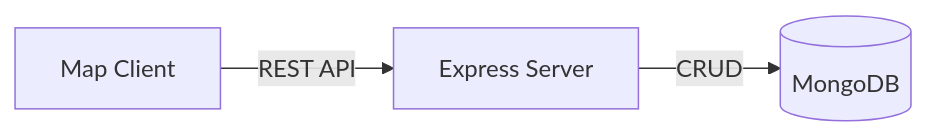
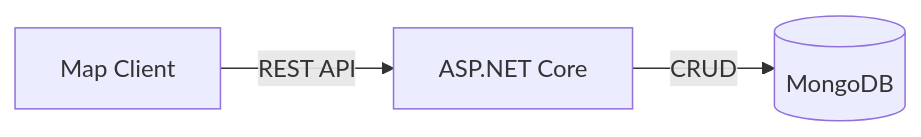
The diagram in README.md (ChaimCymerman0548492309/MapServer), drawn with Mermaid before and after one commit. The commit also changed other lines of this file and 2 other files, not shown here.

````diff
--- a/README.md
+++ b/README.md
@@ -109,5 +118,5 @@
 ```mermaid
 flowchart LR
-  Client[Map Client] -->|REST API| Server[Express Server]
+  Client[Map Client] -->|REST API| Server[ASP.NET Core]
   Server -->|CRUD| MongoDB[(MongoDB)]
 ```
````
